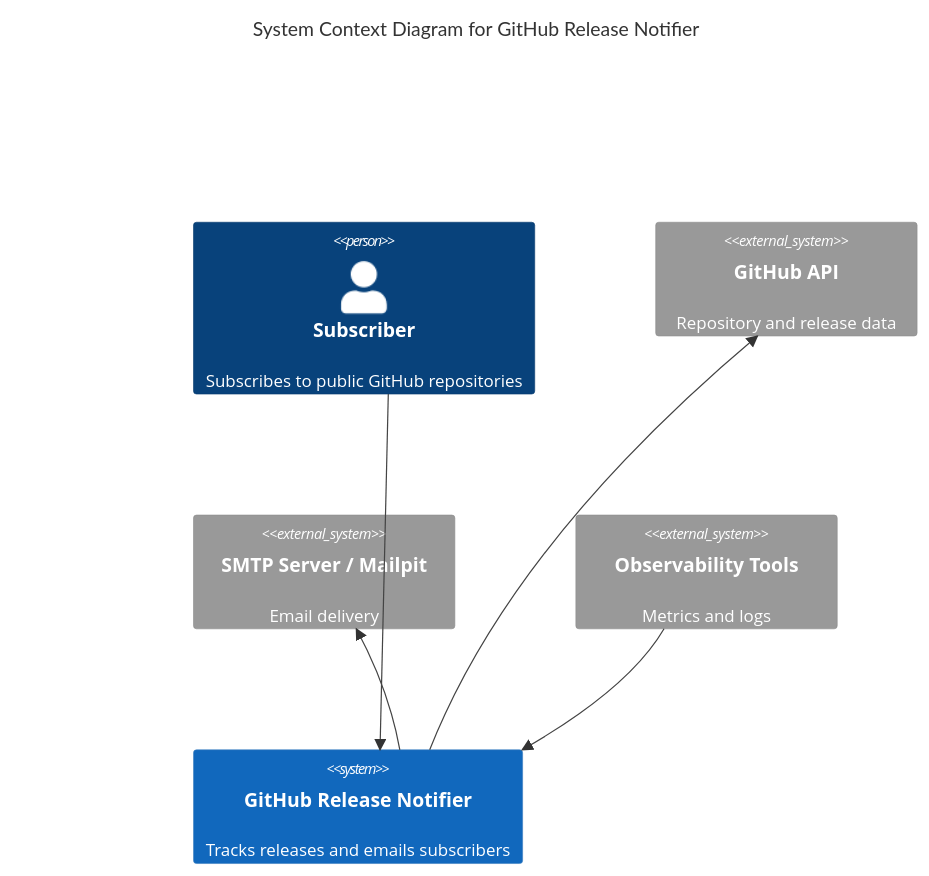
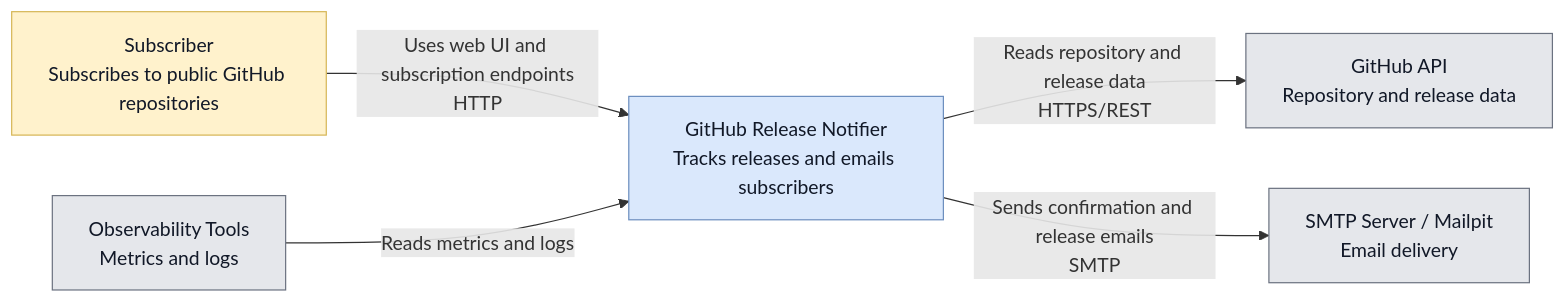
One commit to GenesisEducationKyiv/software-engineering-school-6-0-Oleg-amur changed the second of 6 diagrams in docs/architecture/architecture.md. Above: the diagram before and after it, drawn with Mermaid. The commit also changed other lines of this file, not shown here.

Commit message:
docs: improve architecture diagram rendering

````diff
--- a/docs/architecture/architecture.md
+++ b/docs/architecture/architecture.md
@@ -9,17 +40,20 @@
 ```mermaid
-C4Context
-    title System Context Diagram for GitHub Release Notifier
+flowchart LR
+    user["Subscriber<br/>Subscribes to public GitHub repositories"]
+    system["GitHub Release Notifier<br/>Tracks releases and emails subscribers"]
+    github["GitHub API<br/>Repository and release data"]
+    smtp["SMTP Server / Mailpit<br/>Email delivery"]
+    observability["Observability Tools<br/>Metrics and logs"]
 
-    Person(user, "Subscriber", "Subscribes to public GitHub repositories")
-    System_Ext(github, "GitHub API", "Repository and release data")
-    System_Ext(smtp, "SMTP Server / Mailpit", "Email delivery")
-    System_Ext(observability, "Observability Tools", "Metrics and logs")
-    System(system, "GitHub Release Notifier", "Tracks releases and emails subscribers")
+    user -->|"Uses web UI and subscription endpoints<br/>HTTP"| system
+    system -->|"Reads repository and release data<br/>HTTPS/REST"| github
+    system -->|"Sends confirmation and release emails<br/>SMTP"| smtp
+    observability -->|"Reads metrics and logs"| system
 
-    Rel_R(user, system, "")
-    Rel_U(system, github, "")
-    Rel_U(system, smtp, "")
-    Rel_D(observability, system, "")
-
-    UpdateLayoutConfig($c4ShapeInRow="4", $c4BoundaryInRow="1")
+    classDef personCls fill:#fff2cc,stroke:#d6b656,color:#111827
+    classDef systemCls fill:#dae8fc,stroke:#6c8ebf,color:#111827
+    classDef externalCls fill:#e5e7eb,stroke:#6b7280,color:#111827
+    class user personCls
+    class system systemCls
+    class github,smtp,observability externalCls
 ```
````
